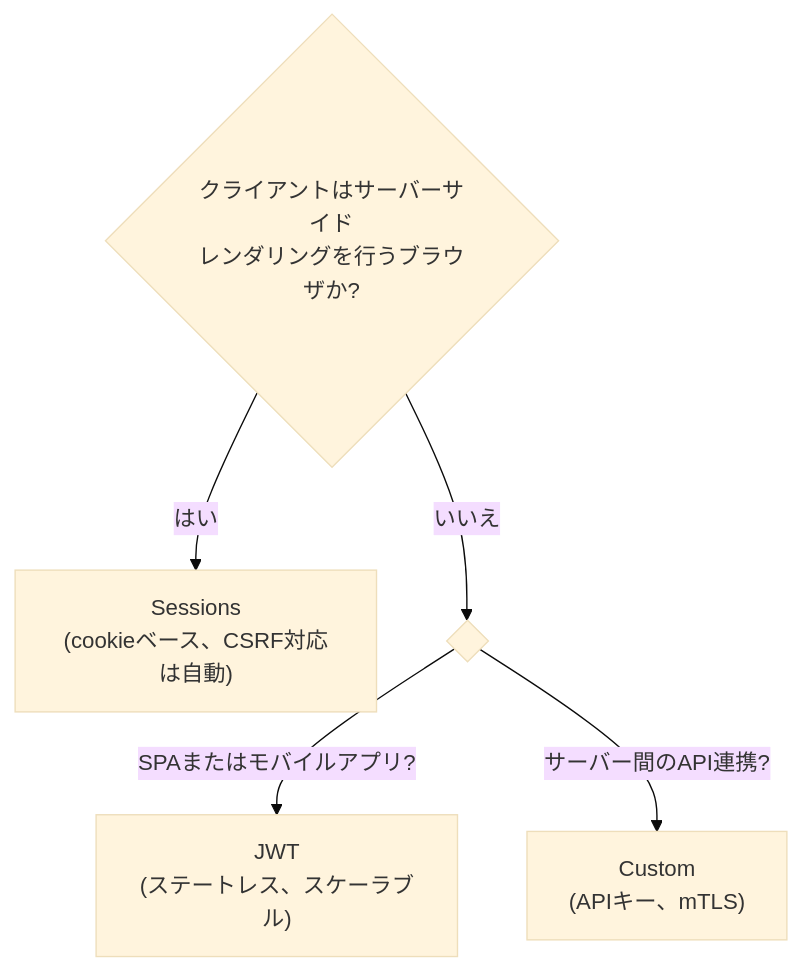
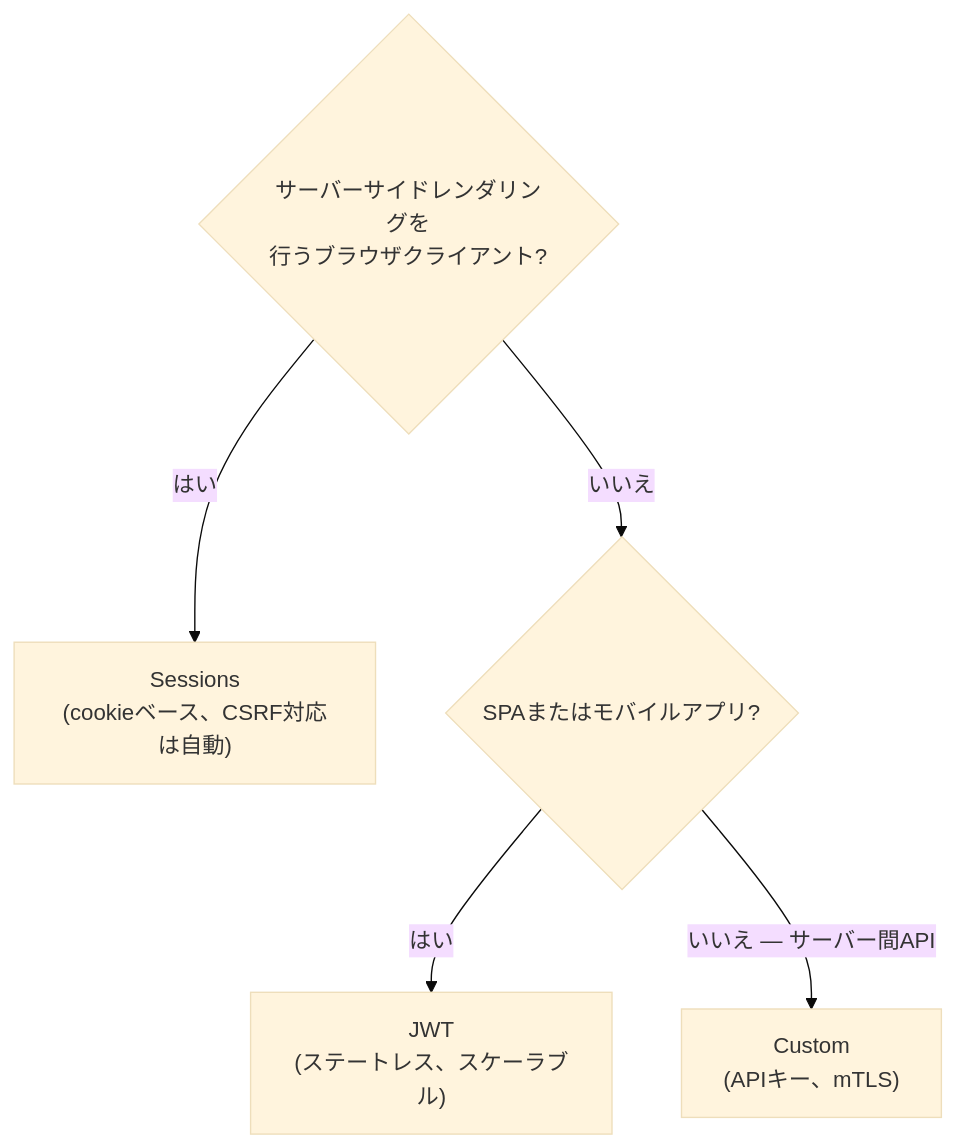
One commit to zeltjs/zelt changed the first of 2 diagrams in website/i18n/ja/docusaurus-plugin-content-docs/current/authentication/overview.md. Above: the diagram before and after it, drawn with Mermaid (base theme). The commit also changed other lines of this file and 7 other files, not shown here.

First line of the commit message:
docs(website): redesign remaining diagrams for reader-facing clarity

````diff
--- a/website/i18n/ja/docusaurus-plugin-content-docs/current/authentication/overview.md
+++ b/website/i18n/ja/docusaurus-plugin-content-docs/current/authentication/overview.md
@@ -30,8 +30,8 @@
 ```mermaid
 flowchart TD
-  ROOT{"クライアントはサーバーサイド<br/>レンダリングを行うブラウザか?"}
-  ROOT -- "はい" --> SESSIONS["Sessions<br/>(cookieベース、CSRF対応は自動)"]
-  ROOT -- "いいえ" --> BRANCH{" "}
-  BRANCH -- "SPAまたはモバイルアプリ?" --> JWT["JWT<br/>(ステートレス、スケーラブル)"]
-  BRANCH -- "サーバー間のAPI連携?" --> CUSTOM["Custom<br/>(APIキー、mTLS)"]
+  Q1{"サーバーサイドレンダリングを<br/>行うブラウザクライアント?"}
+  Q1 -- "はい" --> SESSIONS["Sessions<br/>(cookieベース、CSRF対応は自動)"]
+  Q1 -- "いいえ" --> Q2{"SPAまたはモバイルアプリ?"}
+  Q2 -- "はい" --> JWT["JWT<br/>(ステートレス、スケーラブル)"]
+  Q2 -- "いいえ — サーバー間API" --> CUSTOM["Custom<br/>(APIキー、mTLS)"]
 ```
````
